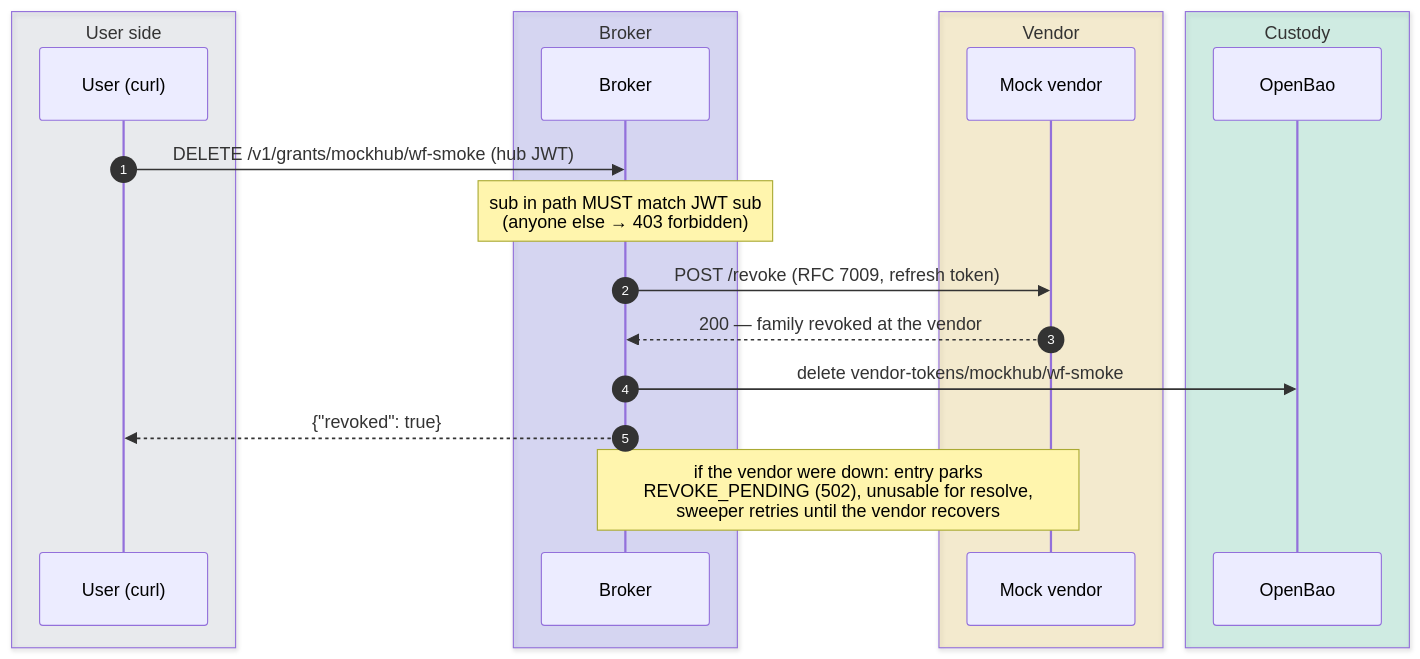
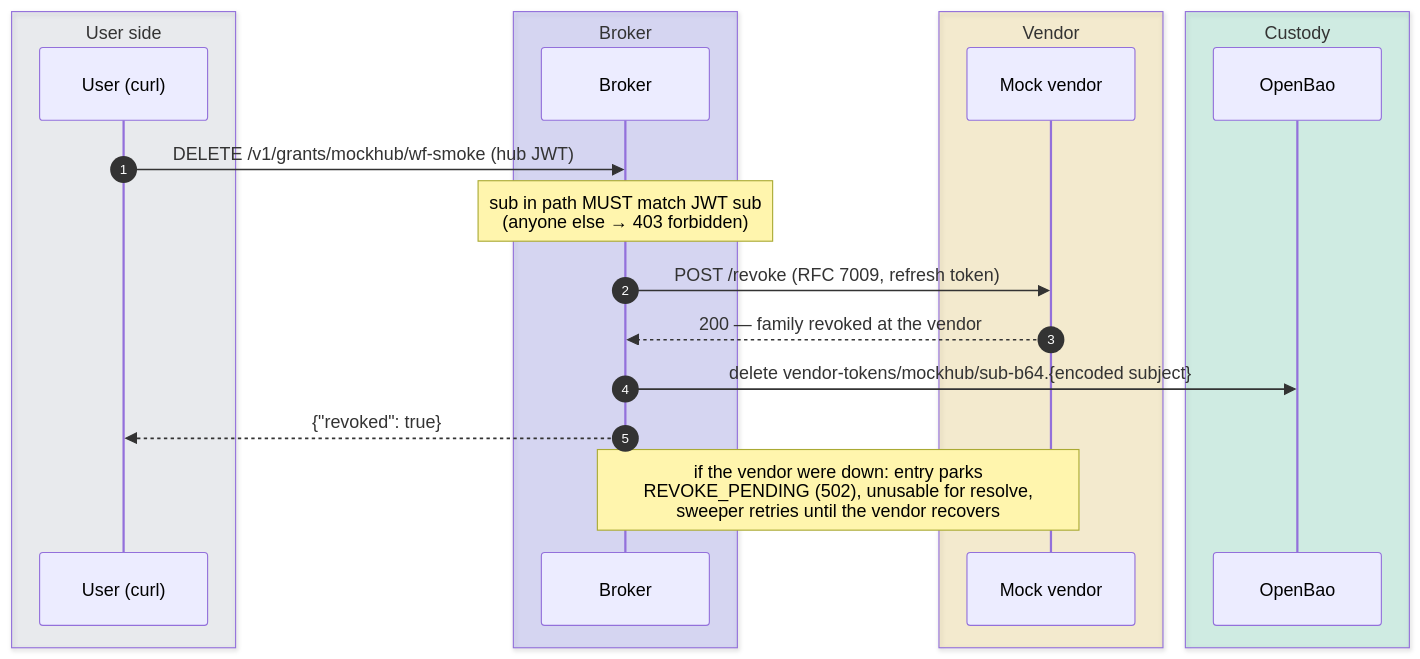
Before and after one commit to chief-builder/vendor-token-broker: the sixth of 7 diagrams in docs/smoke-tests.md, drawn with Mermaid. The commit also changed other lines of this file and 20 other files, not shown here.

````diff
--- a/docs/smoke-tests.md
+++ b/docs/smoke-tests.md
@@ -390,23 +396,23 @@
 ```mermaid
 sequenceDiagram
     autonumber
     box rgba(148,163,184,0.14) User side
         participant U as User (curl)
     end
     box rgba(99,102,241,0.20) Broker
         participant B as Broker
     end
     box rgba(234,179,8,0.16) Vendor
         participant M as Mock vendor
     end
     box rgba(16,185,129,0.16) Custody
         participant V as OpenBao
     end
     U->>B: DELETE /v1/grants/mockhub/wf-smoke (hub JWT)
     Note over B: sub in path MUST match JWT sub<br/>(anyone else → 403 forbidden)
     B->>M: POST /revoke (RFC 7009, refresh token)
     M-->>B: 200 — family revoked at the vendor
-    B->>V: delete vendor-tokens/mockhub/wf-smoke
+    B->>V: delete vendor-tokens/mockhub/sub-b64.{encoded subject}
     B-->>U: {"revoked": true}
     Note over B,M: if the vendor were down: entry parks<br/>REVOKE_PENDING (502), unusable for resolve,<br/>sweeper retries until the vendor recovers
 ```
````
